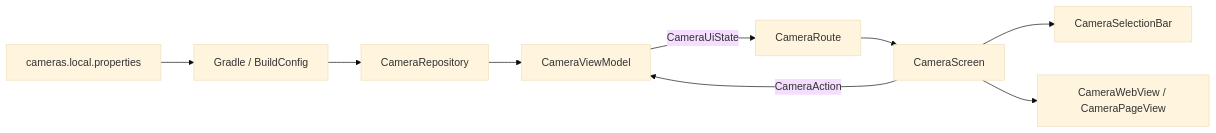
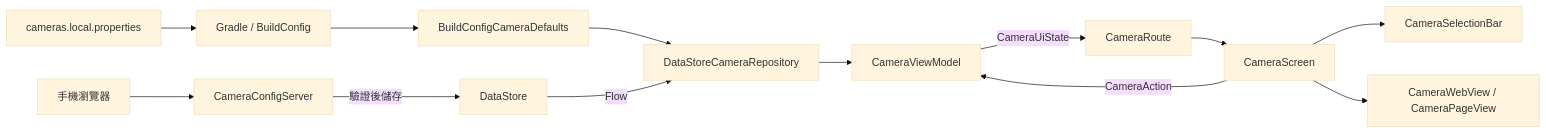
The diagram in docs/software-architecture.md (MrNegativeTW/cctv-viewer), drawn with Mermaid (base theme) before and after one commit. The commit also changed other lines of this file and 24 other files, not shown here.

````diff
--- a/docs/software-architecture.md
+++ b/docs/software-architecture.md
@@ -5,11 +5,15 @@
 ```mermaid
 flowchart LR
     Config["cameras.local.properties"] --> Gradle["Gradle / BuildConfig"]
-    Gradle --> Repository["CameraRepository"]
+    Gradle --> Defaults["BuildConfigCameraDefaults"]
+    Defaults --> Repository["DataStoreCameraRepository"]
+    Phone["手機瀏覽器"] --> Server["CameraConfigServer"]
+    Server -->|驗證後儲存| Store["DataStore"]
+    Store -->|Flow| Repository
     Repository --> VM["CameraViewModel"]
     VM -->|CameraUiState| Route["CameraRoute"]
     Route --> Screen["CameraScreen"]
     Screen -->|CameraAction| VM
     Screen --> Bar["CameraSelectionBar"]
     Screen --> Web["CameraWebView / CameraPageView"]
 ```
````
